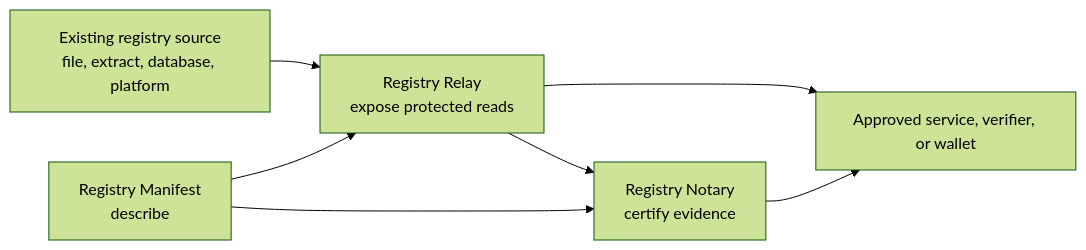
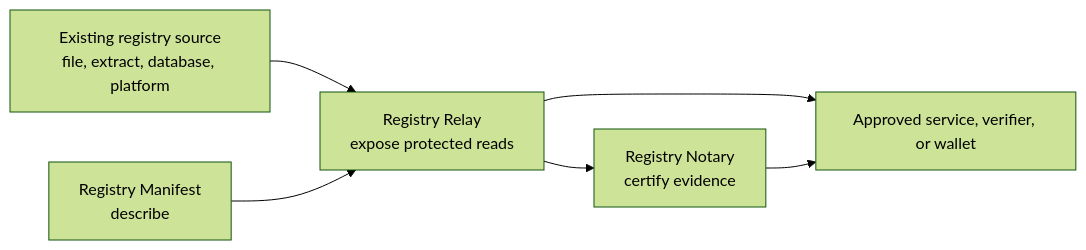
One commit to registrystack/registry-stack changed the diagram in README.md. Above: the diagram before and after it, drawn with Mermaid (forest theme).

Commit message:
fix(docs): remove phantom manifest-to-notary edge from README diagram
Registry Notary has no dependency on the manifest crates; only Relay
consumes registry-manifest-core.

````diff
--- a/README.md
+++ b/README.md
@@ -49,15 +49,14 @@
 ```mermaid
 flowchart LR
     source["Existing registry source<br/>file, extract, database, platform"]
     manifest["Registry Manifest<br/>describe"]
     relay["Registry Relay<br/>expose protected reads"]
     notary["Registry Notary<br/>certify evidence"]
     caller["Approved service, verifier, or wallet"]
 
     source --> relay
     manifest --> relay
-    manifest --> notary
     relay --> caller
     relay --> notary
     notary --> caller
 ```
````
